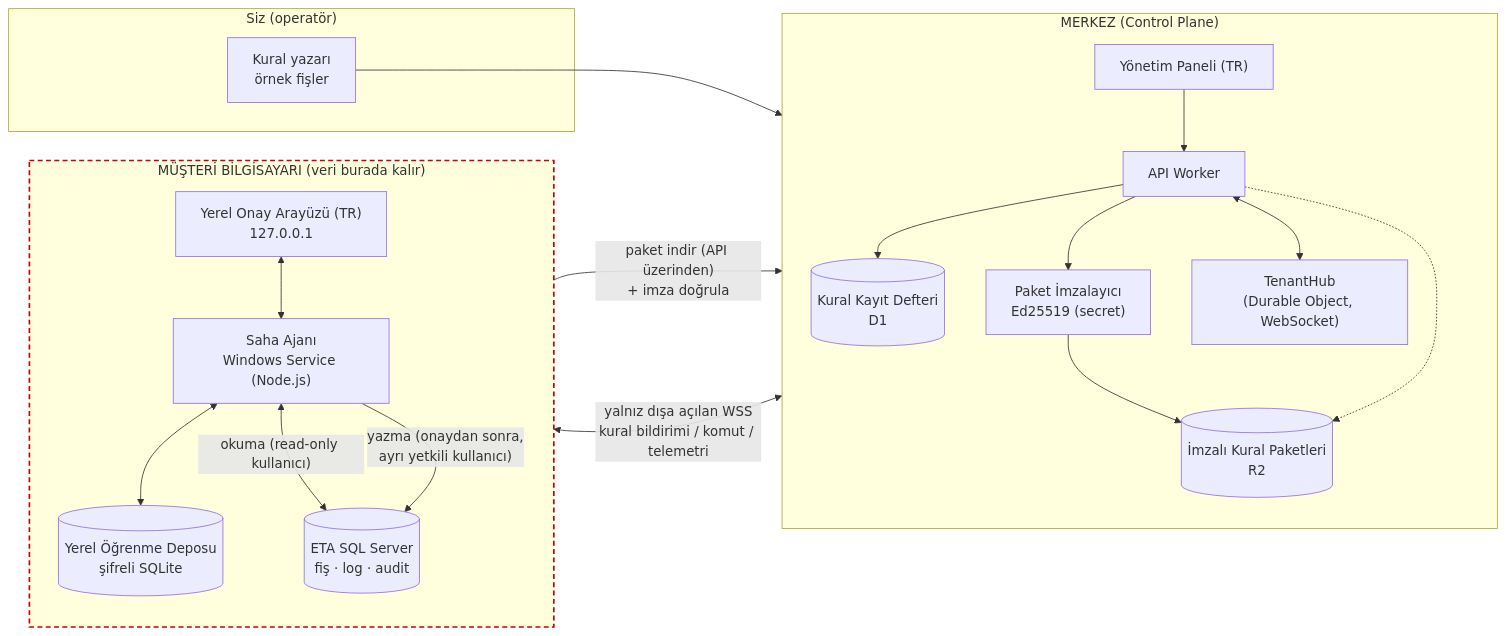
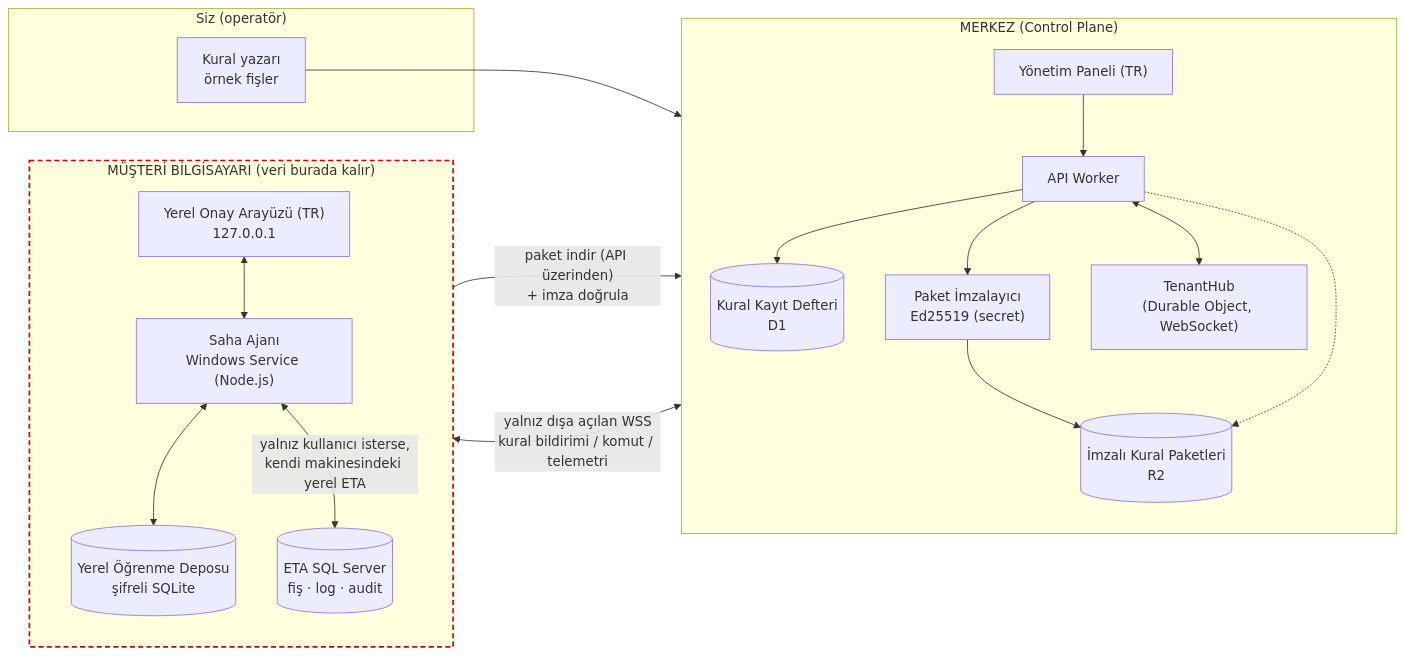
One commit to kaosarchitecture/kimici changed the first of 7 diagrams in docs/architecture.md. Above: the diagram before and after it, drawn with Mermaid. The commit also changed other lines of this file and 10 other files, not shown here.

````diff
--- a/docs/architecture.md
+++ b/docs/architecture.md
@@ -20,38 +20,37 @@
 ```mermaid
 flowchart LR
     subgraph OP["Siz (operatör)"]
         U["Kural yazarı<br/>örnek fişler"]
     end
 
     subgraph CP["MERKEZ (Control Plane)"]
         direction TB
         ADM["Yönetim Paneli (TR)"]
         API["API Worker"]
         HUB["TenantHub<br/>(Durable Object, WebSocket)"]
         REG[("Kural Kayıt Defteri<br/>D1")]
         PKG[("İmzalı Kural Paketleri<br/>R2")]
         SIGN["Paket İmzalayıcı<br/>Ed25519 (secret)"]
     end
 
     subgraph SITE["MÜŞTERİ BİLGİSAYARI (veri burada kalır)"]
         direction TB
         AG["Saha Ajanı<br/>Windows Service (Node.js)"]
         LS[("Yerel Öğrenme Deposu<br/>şifreli SQLite")]
         LUI["Yerel Onay Arayüzü (TR)<br/>127.0.0.1"]
         ETA[("ETA SQL Server<br/>fiş · log · audit")]
     end
 
     U --> ADM --> API --> REG
     API --> SIGN --> PKG
     API <--> HUB
     HUB <-- "yalnız dışa açılan WSS<br/>kural bildirimi / komut / telemetri" --> AG
     AG -- "paket indir (API üzerinden)<br/>+ imza doğrula" --> API
     API -.-> PKG
     AG <--> LS
-    AG <-- "okuma (read-only kullanıcı)" --> ETA
-    AG -- "yazma (onaydan sonra,<br/>ayrı yetkili kullanıcı)" --> ETA
+    AG <-- "yalnız kullanıcı isterse,<br/>kendi makinesindeki yerel ETA" --> ETA
     LUI <--> AG
 
     classDef boundary stroke:#c00,stroke-width:2px,stroke-dasharray:6 4;
     class SITE boundary;
 ```
````
